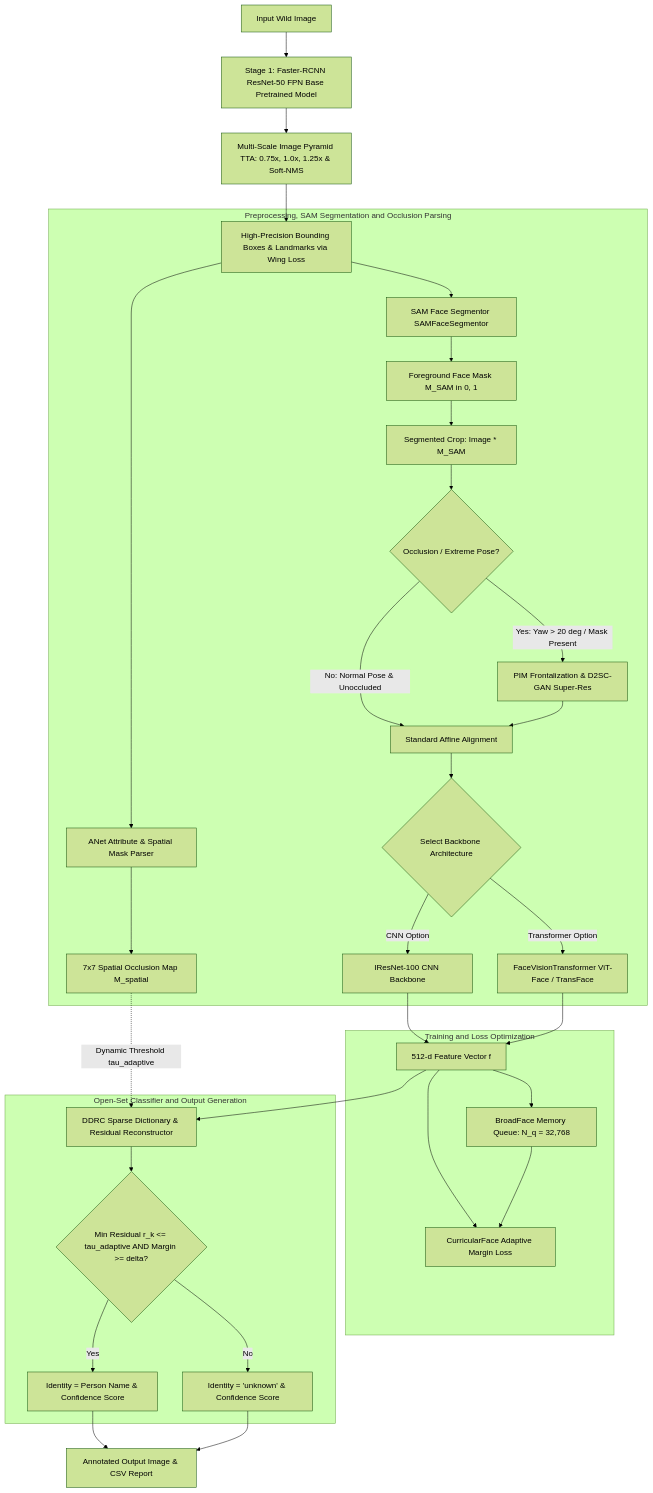
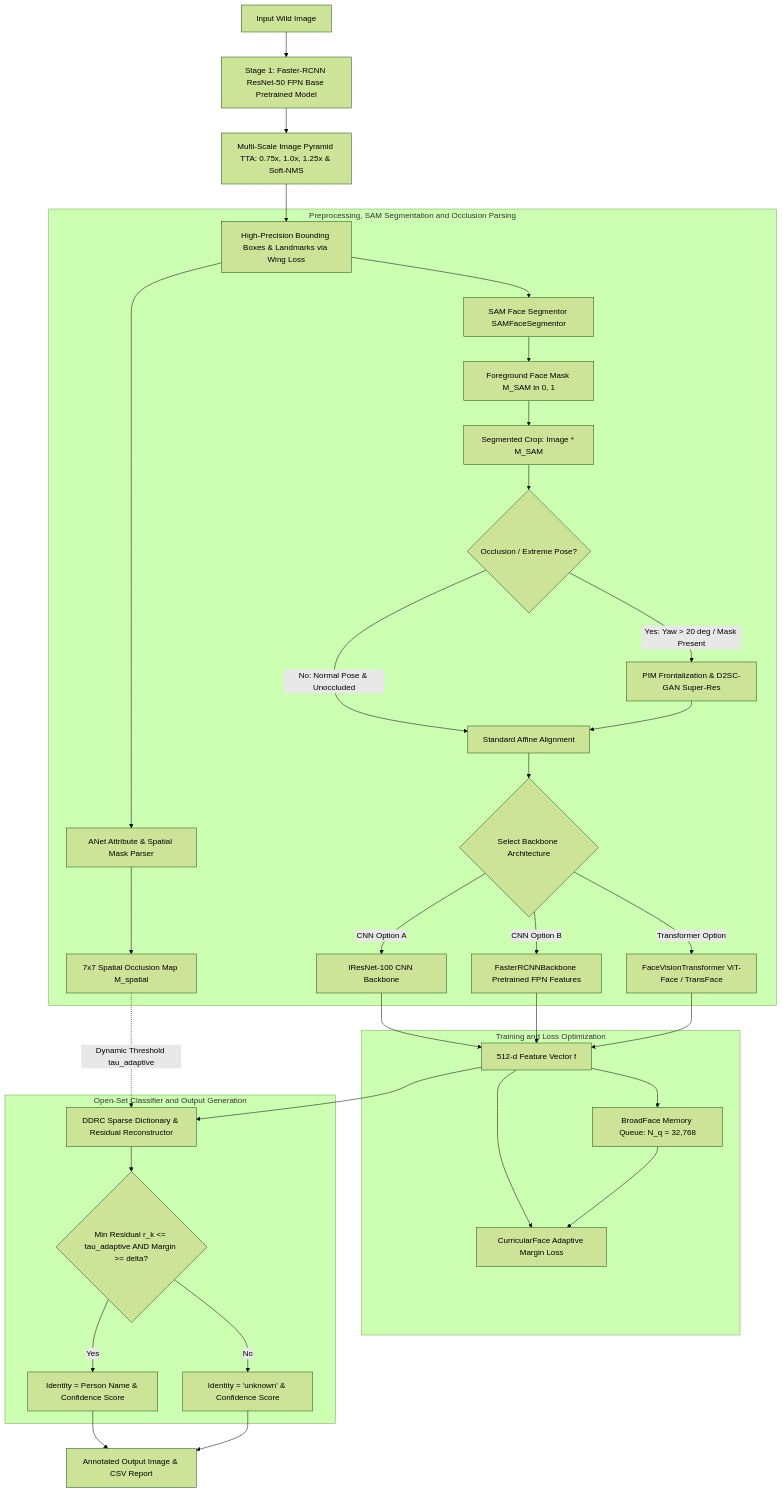
The sixth of 9 diagrams in context.md (akshat-1/Face-Recognition-In-Wild), drawn with Mermaid (forest theme) before and after one commit. The commit also changed other lines of this file and 1 other file, not shown here.

Commit message:
docs: Deeply update context.md and context_for_ai.md to document FasterRCNNBackbone feature representation extractor

````diff
--- a/context.md
+++ b/context.md
@@ -304,40 +304,42 @@
 ```mermaid
 flowchart TD
     RawImg[Input Wild Image] --> FasterRCNN[Stage 1: Faster-RCNN ResNet-50 FPN Base Pretrained Model]
     FasterRCNN --> TTA[Multi-Scale Image Pyramid TTA: 0.75x, 1.0x, 1.25x & Soft-NMS]
     TTA --> BBoxes[High-Precision Bounding Boxes & Landmarks via Wing Loss]
     
     subgraph Preprocessing ["Preprocessing, SAM Segmentation and Occlusion Parsing"]
         BBoxes --> SAM[SAM Face Segmentor SAMFaceSegmentor]
         SAM --> SAMMask[Foreground Face Mask M_SAM in 0, 1]
         BBoxes --> LNetANet[ANet Attribute & Spatial Mask Parser]
         LNetANet --> SpatialMask[7x7 Spatial Occlusion Map M_spatial]
         SAMMask --> SegmentedCrop[Segmented Crop: Image * M_SAM]
         SegmentedCrop --> OccCheck{Occlusion / Extreme Pose?}
         OccCheck -- Yes: Yaw > 20 deg / Mask Present --> PIM[PIM Frontalization & D2SC-GAN Super-Res]
         OccCheck -- No: Normal Pose & Unoccluded --> Align[Standard Affine Alignment]
         PIM --> Align
         Align --> BackboneChoice{Select Backbone Architecture}
-        BackboneChoice -- CNN Option --> IResNet[IResNet-100 CNN Backbone]
+        BackboneChoice -- CNN Option A --> IResNet[IResNet-100 CNN Backbone]
+        BackboneChoice -- CNN Option B --> FPNBackbone[FasterRCNNBackbone Pretrained FPN Features]
         BackboneChoice -- Transformer Option --> ViTFace[FaceVisionTransformer ViT-Face / TransFace]
     end
 
     subgraph Training ["Training and Loss Optimization"]
         IResNet --> Embed[512-d Feature Vector f]
+        FPNBackbone --> Embed
         ViTFace --> Embed
         Embed --> Curricular[CurricularFace Adaptive Margin Loss]
         Embed --> BroadQueue[BroadFace Memory Queue: N_q = 32,768]
         BroadQueue --> Curricular
     end
 
     subgraph OpenSet ["Open-Set Classifier and Output Generation"]
         Embed --> DDRC[DDRC Sparse Dictionary & Residual Reconstructor]
         SpatialMask -. Dynamic Threshold tau_adaptive .-> DDRC
         DDRC --> ResidualCheck{Min Residual r_k <= tau_adaptive AND Margin >= delta?}
         ResidualCheck -- Yes --> KnownID[Identity = Person Name & Confidence Score]
         ResidualCheck -- No --> UnknownID[Identity = 'unknown' & Confidence Score]
     end
 
     KnownID --> FinalOutput[Annotated Output Image & CSV Report]
     UnknownID --> FinalOutput
 ```
````
